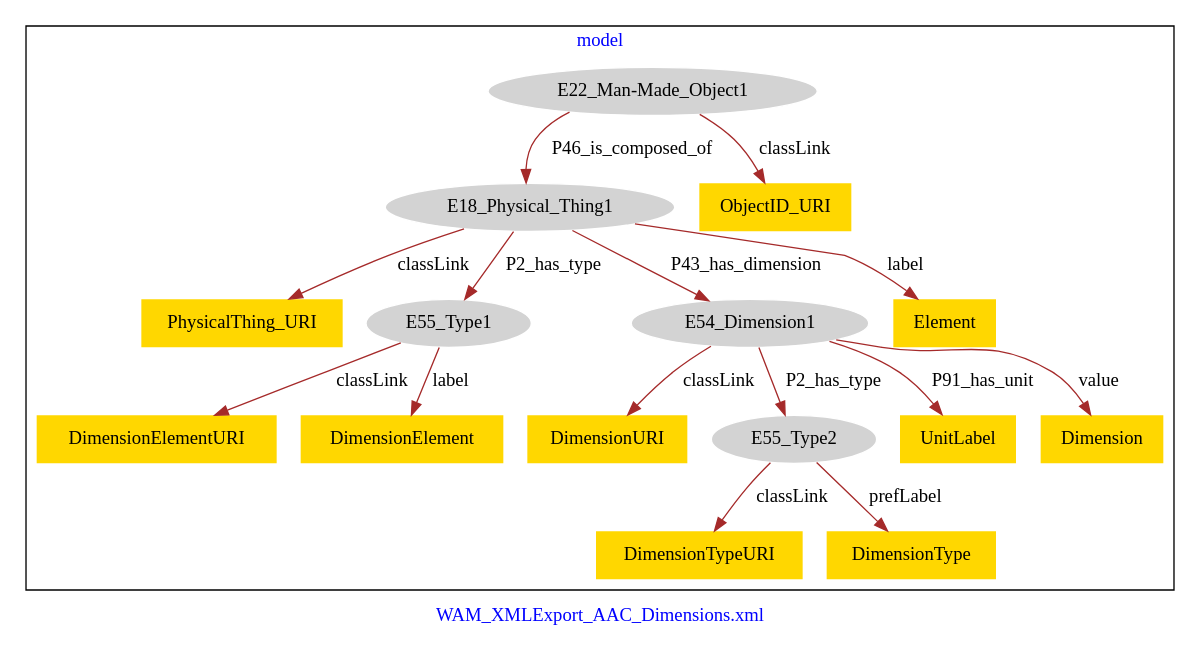
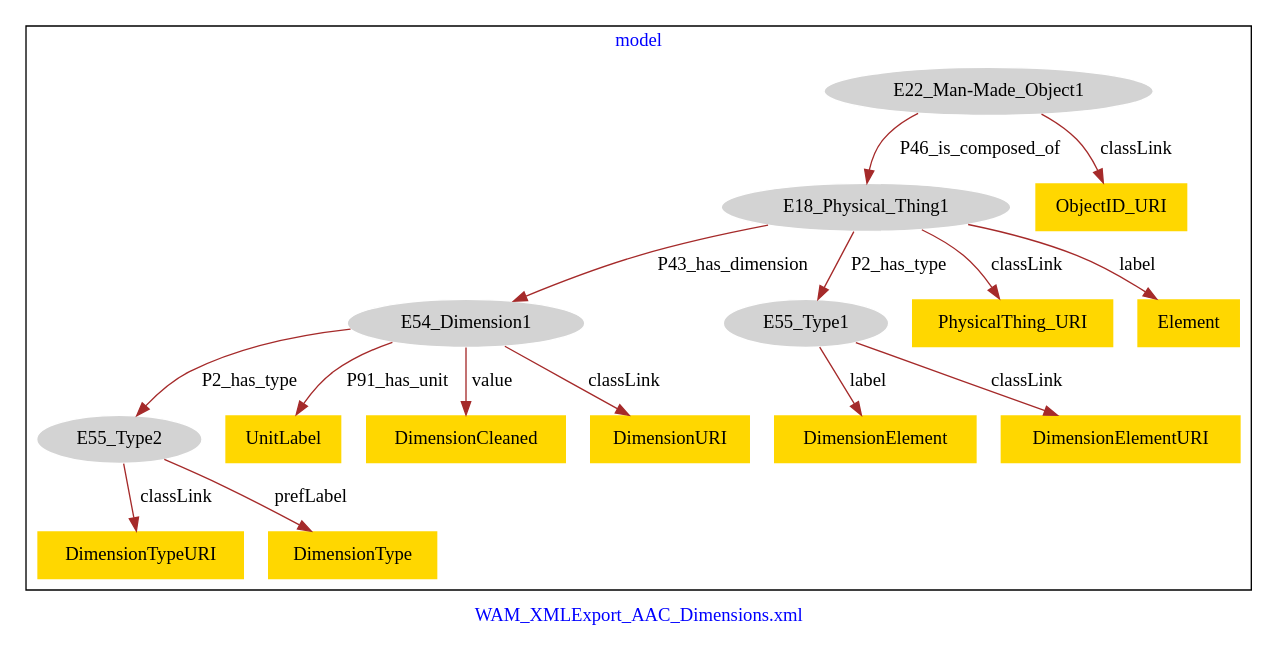
The diagram in WAM_AAC_Dimensions/WAM_AAC_Dimensions-model.dot (american-art/wam), drawn with Graphviz before and after one commit.

Commit message:
Update file WAM_AAC_Dimensions-model.dot

```diff
--- a/WAM_AAC_Dimensions/WAM_AAC_Dimensions-model.dot
+++ b/WAM_AAC_Dimensions/WAM_AAC_Dimensions-model.dot
@@ -1,37 +1,37 @@
 digraph n0 {
 fontcolor="blue"
 remincross="true"
 label="WAM_XMLExport_AAC_Dimensions.xml"
 subgraph cluster {
 label="model"
 n2[style="filled",color="white",fillcolor="lightgray",label="E18_Physical_Thing1"];
-n3[shape="plaintext",style="filled",fillcolor="gold",label="PhysicalThing_URI"];
+n3[style="filled",color="white",fillcolor="lightgray",label="E54_Dimension1"];
 n4[style="filled",color="white",fillcolor="lightgray",label="E55_Type1"];
-n5[style="filled",color="white",fillcolor="lightgray",label="E54_Dimension1"];
-n6[shape="plaintext",style="filled",fillcolor="gold",label="Element"];
-n7[style="filled",color="white",fillcolor="lightgray",label="E22_Man-Made_Object1"];
-n8[shape="plaintext",style="filled",fillcolor="gold",label="ObjectID_URI"];
-n9[shape="plaintext",style="filled",fillcolor="gold",label="DimensionURI"];
-n10[style="filled",color="white",fillcolor="lightgray",label="E55_Type2"];
-n11[shape="plaintext",style="filled",fillcolor="gold",label="UnitLabel"];
-n12[shape="plaintext",style="filled",fillcolor="gold",label="Dimension"];
-n13[shape="plaintext",style="filled",fillcolor="gold",label="DimensionElementURI"];
-n14[shape="plaintext",style="filled",fillcolor="gold",label="DimensionElement"];
-n15[shape="plaintext",style="filled",fillcolor="gold",label="DimensionTypeURI"];
-n16[shape="plaintext",style="filled",fillcolor="gold",label="DimensionType"];
+n5[style="filled",color="white",fillcolor="lightgray",label="E22_Man-Made_Object1"];
+n6[style="filled",color="white",fillcolor="lightgray",label="E55_Type2"];
+n7[shape="plaintext",style="filled",fillcolor="gold",label="UnitLabel"];
+n8[shape="plaintext",style="filled",fillcolor="gold",label="DimensionElement"];
+n9[shape="plaintext",style="filled",fillcolor="gold",label="ObjectID_URI"];
+n10[shape="plaintext",style="filled",fillcolor="gold",label="DimensionTypeURI"];
+n11[shape="plaintext",style="filled",fillcolor="gold",label="PhysicalThing_URI"];
+n12[shape="plaintext",style="filled",fillcolor="gold",label="Element"];
+n13[shape="plaintext",style="filled",fillcolor="gold",label="DimensionType"];
+n14[shape="plaintext",style="filled",fillcolor="gold",label="DimensionCleaned"];
+n15[shape="plaintext",style="filled",fillcolor="gold",label="DimensionElementURI"];
+n16[shape="plaintext",style="filled",fillcolor="gold",label="DimensionURI"];
 }
-n2 -> n3[color="brown",fontcolor="black",label="classLink"]
+n2 -> n3[color="brown",fontcolor="black",label="P43_has_dimension"]
 n2 -> n4[color="brown",fontcolor="black",label="P2_has_type"]
-n2 -> n5[color="brown",fontcolor="black",label="P43_has_dimension"]
-n2 -> n6[color="brown",fontcolor="black",label="label"]
-n7 -> n8[color="brown",fontcolor="black",label="classLink"]
-n7 -> n2[color="brown",fontcolor="black",label="P46_is_composed_of"]
+n5 -> n2[color="brown",fontcolor="black",label="P46_is_composed_of"]
+n3 -> n6[color="brown",fontcolor="black",label="P2_has_type"]
+n3 -> n7[color="brown",fontcolor="black",label="P91_has_unit"]
+n4 -> n8[color="brown",fontcolor="black",label="label"]
 n5 -> n9[color="brown",fontcolor="black",label="classLink"]
-n5 -> n10[color="brown",fontcolor="black",label="P2_has_type"]
-n5 -> n11[color="brown",fontcolor="black",label="P91_has_unit"]
-n5 -> n12[color="brown",fontcolor="black",label="value"]
-n4 -> n13[color="brown",fontcolor="black",label="classLink"]
-n4 -> n14[color="brown",fontcolor="black",label="label"]
-n10 -> n15[color="brown",fontcolor="black",label="classLink"]
-n10 -> n16[color="brown",fontcolor="black",label="prefLabel"]
+n6 -> n10[color="brown",fontcolor="black",label="classLink"]
+n2 -> n11[color="brown",fontcolor="black",label="classLink"]
+n2 -> n12[color="brown",fontcolor="black",label="label"]
+n6 -> n13[color="brown",fontcolor="black",label="prefLabel"]
+n3 -> n14[color="brown",fontcolor="black",label="value"]
+n4 -> n15[color="brown",fontcolor="black",label="classLink"]
+n3 -> n16[color="brown",fontcolor="black",label="classLink"]
 }
```
